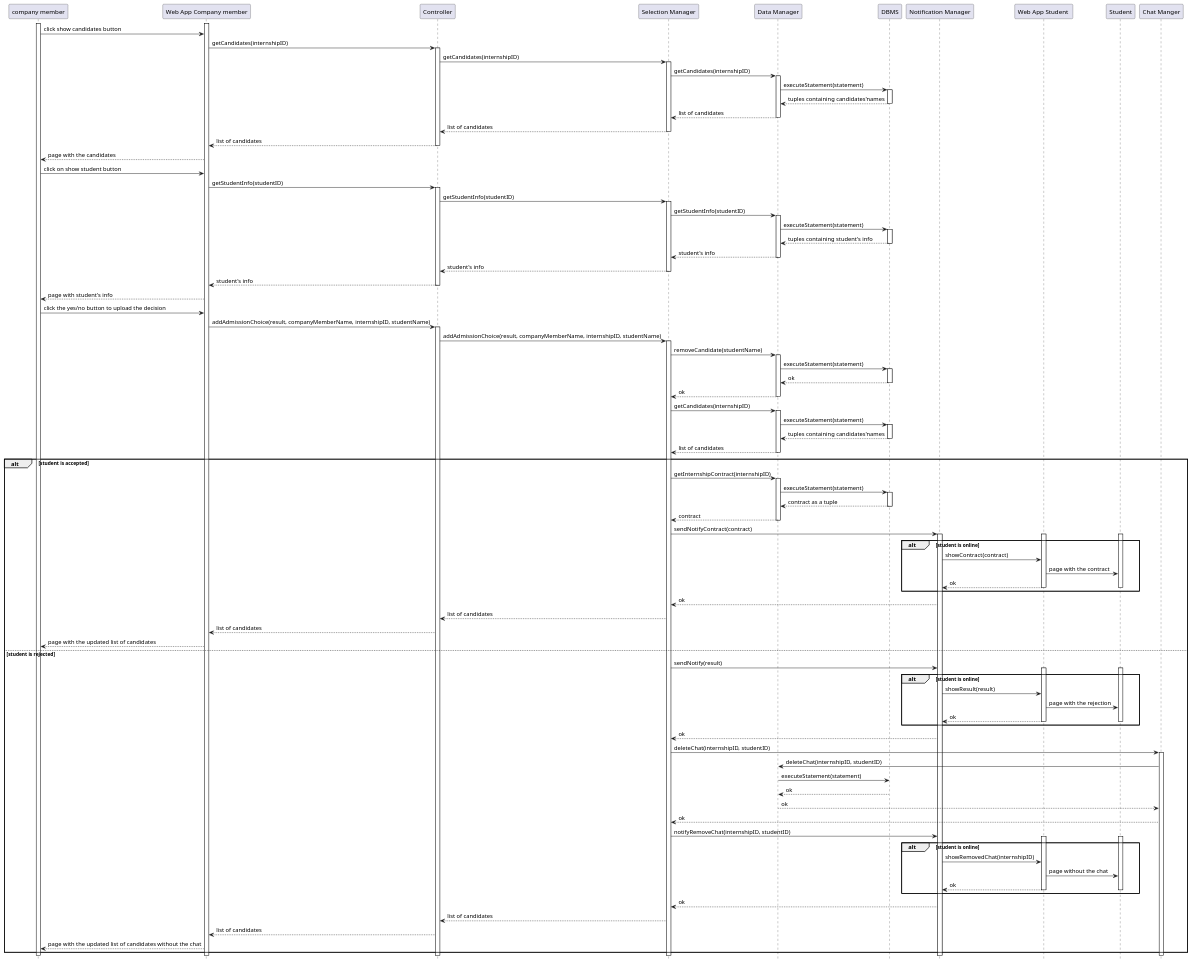
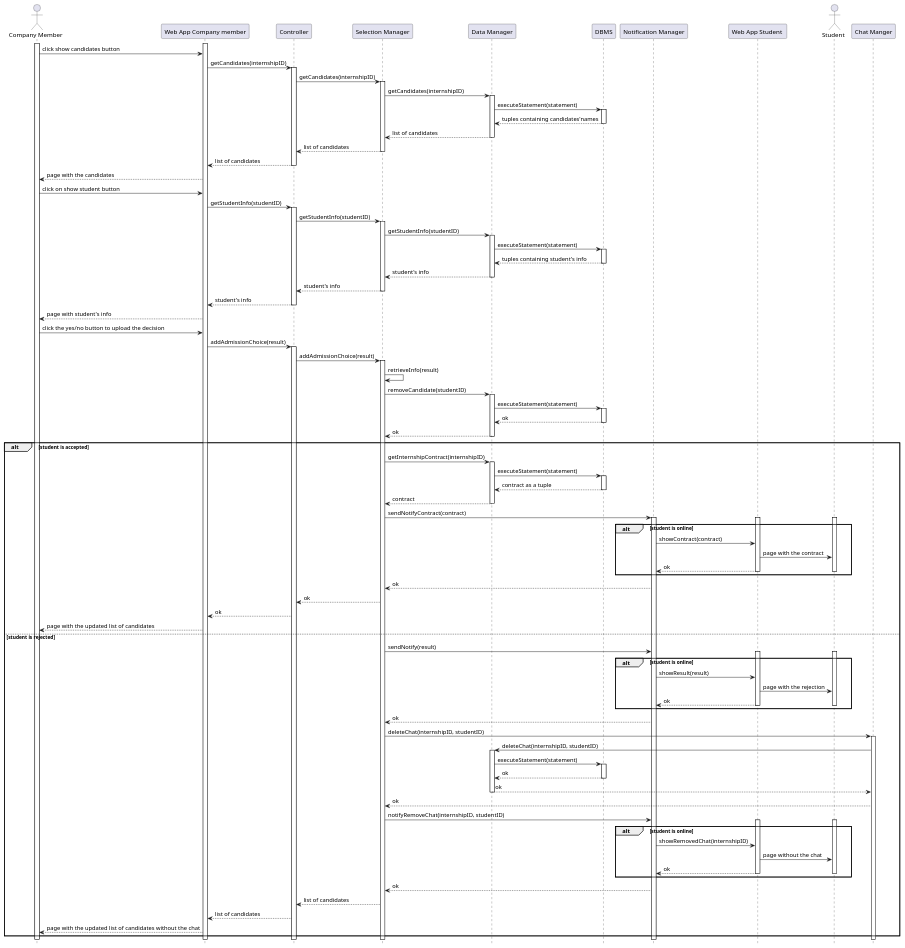
Before and after one commit to matti8702/R_and_DD_project_SE2: the diagram in DD/Architectural_design/uml_diagrams/RV21.puml, drawn with PlantUML. The commit also changed 9 other files, not shown here.

```diff
--- a/DD/Architectural_design/uml_diagrams/RV21.puml
+++ b/DD/Architectural_design/uml_diagrams/RV21.puml
@@ -1,133 +1,131 @@
 @startuml RV21
 hide footbox
 
-participant "company member" as CM
+actor "Company Member" as CM
 participant "Web App Company member" AS WACM
 participant "Controller" as C
 participant "Selection Manager" as SM
 participant "Data Manager" as DM
 participant "DBMS" as DB
 participant "Notification Manager" as NM
 participant "Web App Student " AS WAST
-participant "Student" as ST
+actor "Student" as ST
 participant "Chat Manger" as CHM
 
 activate CM
 activate WACM
 
 CM -> WACM: click show candidates button
 WACM -> C : getCandidates(internshipID)
 activate C
 C -> SM : getCandidates(internshipID)
 activate SM
 SM -> DM : getCandidates(internshipID)
 activate DM
 DM -> DB : executeStatement(statement)
 activate DB
 DB --> DM : tuples containing candidates'names
 deactivate DB
 DM --> SM : list of candidates
 deactivate DM
 SM --> C : list of candidates
 deactivate SM
 C --> WACM : list of candidates
 deactivate C
 WACM --> CM : page with the candidates
 CM -> WACM  : click on show student button
 WACM -> C : getStudentInfo(studentID)
 activate C
 C -> SM  : getStudentInfo(studentID)
 activate SM
 SM -> DM : getStudentInfo(studentID)
 activate DM
 DM -> DB : executeStatement(statement)
 activate DB
 DB --> DM : tuples containing student's info
 deactivate DB
 DM --> SM : student's info
 deactivate DM
 SM --> C : student's info
 deactivate SM
 C --> WACM : student's info
 deactivate C
 WACM --> CM : page with student's info
 CM -> WACM : click the yes/no button to upload the decision
-WACM -> C : addAdmissionChoice(result, companyMemberName, internshipID, studentName)
+WACM -> C : addAdmissionChoice(result)
 activate C
-C -> SM   : addAdmissionChoice(result, companyMemberName, internshipID, studentName)
+C -> SM   : addAdmissionChoice(result)
 activate SM
-SM -> DM  : removeCandidate(studentName)
+SM -> SM   : retrieveInfo(result)
+SM -> DM  : removeCandidate(studentID)
 activate DM
 DM -> DB  : executeStatement(statement)
 activate DB
 DB --> DM : ok
 deactivate DB
 DM --> SM : ok
-deactivate DM
-SM -> DM  : getCandidates(internshipID)
-activate DM
-DM -> DB  : executeStatement(statement)
-activate DB
-DB --> DM : tuples containing candidates'names
-deactivate DB
-DM --> SM : list of candidates
 deactivate DM
 alt student is accepted
     SM -> DM : getInternshipContract(internshipID)
     activate DM
     DM -> DB : executeStatement(statement)
     activate DB
     DB --> DM : contract as a tuple
     deactivate DB
     DM --> SM : contract
     deactivate DM
     SM -> NM  :  sendNotifyContract(contract)
     activate NM
     alt student is online
         activate WAST
         activate ST
         NM -> WAST : showContract(contract)
         WAST -> ST : page with the contract
         WAST --> NM : ok
         deactivate WAST
         deactivate ST
     end
     NM --> SM : ok
-    SM --> C : list of candidates
-    C --> WACM : list of candidates
+    SM --> C : ok
+    C --> WACM : ok
+    ' comment for the description: the new list is performed by the webapp: It makes the difference between the candidates received at the beginning and the one which has responded
     WACM --> CM : page with the updated list of candidates
 else student is rejected
     SM -> NM : sendNotify(result)
     alt student is online
         activate WAST
         activate ST
         NM -> WAST : showResult(result)
         WAST -> ST : page with the rejection
         WAST --> NM : ok
         deactivate WAST
         deactivate ST
     end
     NM --> SM : ok
     SM -> CHM : deleteChat(internshipID, studentID)
     activate CHM
     CHM -> DM : deleteChat(internshipID, studentID)
+    activate DM
     DM -> DB  : executeStatement(statement)
+    activate DB
     DB --> DM  : ok
+    deactivate DB
     DM --> CHM  : ok
+    deactivate DM
     CHM --> SM  : ok
     SM -> NM : notifyRemoveChat(internshipID, studentID)
     alt student is online
         activate WAST
         activate ST
         NM -> WAST : showRemovedChat(internshipID)
         WAST -> ST : page without the chat
         WAST --> NM : ok
         deactivate WAST
         deactivate ST
     end
     NM --> SM : ok
     SM --> C : list of candidates
     C  --> WACM : list of candidates
     WACM --> CM : page with the updated list of candidates without the chat
 end
 @enduml
```
